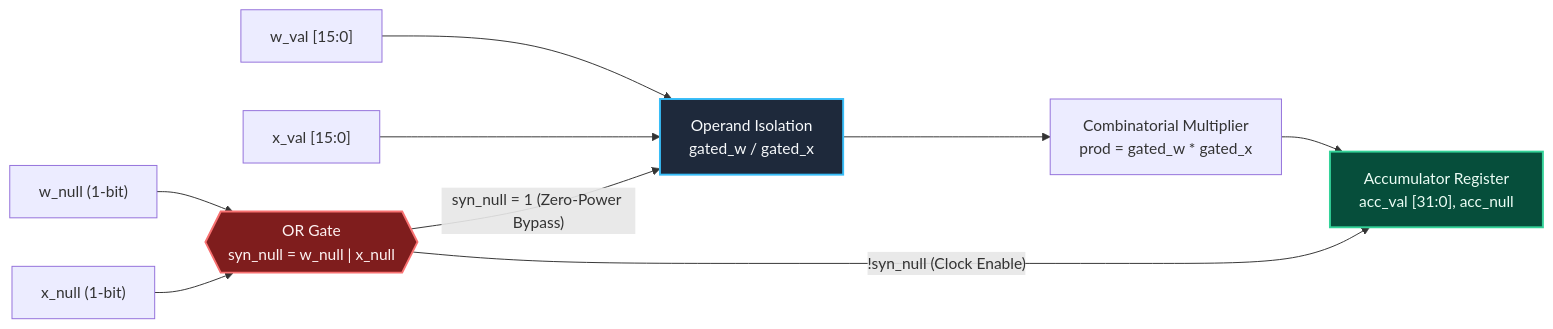
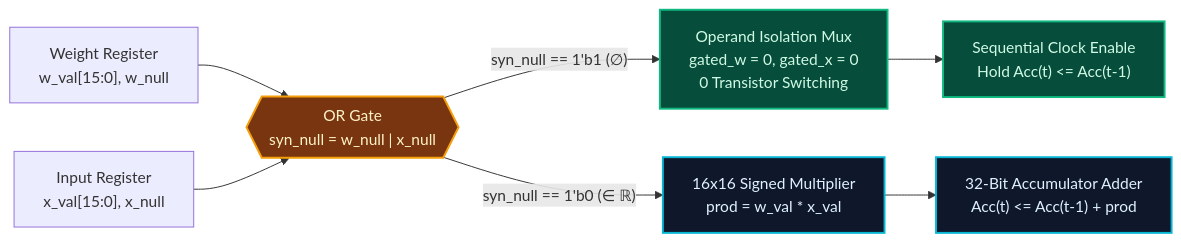
Before and after one commit to GuettHM/rnull-framework: the second of 2 diagrams in README.md, drawn with Mermaid. The commit also changed other lines of this file, not shown here.

````diff
--- a/README.md
+++ b/README.md
@@ -230,17 +339,17 @@
 ```mermaid
 flowchart LR
-    W_NULL["w_null (1-bit)"] --> OR_GATE{{"OR Gate<br/>syn_null = w_null | x_null"}}
-    X_NULL["x_null (1-bit)"] --> OR_GATE
+    W["Weight Register<br/>w_val[15:0], w_null"] --> OR_GATE{{"OR Gate<br/>syn_null = w_null | x_null"}}
+    X["Input Register<br/>x_val[15:0], x_null"] --> OR_GATE
 
-    W_VAL["w_val [15:0]"] --> ISO_MUX["Operand Isolation<br/>gated_w / gated_x"]
-    X_VAL["x_val [15:0]"] --> ISO_MUX
-    OR_GATE -- "syn_null = 1 (Zero-Power Bypass)" --> ISO_MUX
+    OR_GATE -- "syn_null == 1'b1 (∅)" --> ISO["Operand Isolation Mux<br/>gated_w = 0, gated_x = 0<br/>0 Transistor Switching"]
+    OR_GATE -- "syn_null == 1'b0 (∈ ℝ)" --> MULT["16x16 Signed Multiplier<br/>prod = w_val * x_val"]
 
-    ISO_MUX --> MULT["Combinatorial Multiplier<br/>prod = gated_w * gated_x"]
-    MULT --> ACC_REG["Accumulator Register<br/>acc_val [31:0], acc_null"]
-    OR_GATE -- "!syn_null (Clock Enable)" --> ACC_REG
+    ISO --> CLK_GATE["Sequential Clock Enable<br/>Hold Acc(t) <= Acc(t-1)"]
+    MULT --> ADD["32-Bit Accumulator Adder<br/>Acc(t) <= Acc(t-1) + prod"]
 
-    style OR_GATE fill:#7f1d1d,stroke:#f87171,stroke-width:2px,color:#fef2f2
-    style ISO_MUX fill:#1e293b,stroke:#38bdf8,stroke-width:2px,color:#f8fafc
-    style ACC_REG fill:#064e3b,stroke:#34d399,stroke-width:2px,color:#ecfdf5
+    style OR_GATE fill:#78350F,stroke:#F59E0B,stroke-width:2px,color:#FEF3C7
+    style ISO fill:#064E3B,stroke:#10B981,stroke-width:2px,color:#D1FAE5
+    style CLK_GATE fill:#064E3B,stroke:#10B981,stroke-width:2px,color:#D1FAE5
+    style MULT fill:#0F172A,stroke:#06B6D4,stroke-width:2px,color:#E0F2FE
+    style ADD fill:#0F172A,stroke:#06B6D4,stroke-width:2px,color:#E0F2FE
 ```
````
